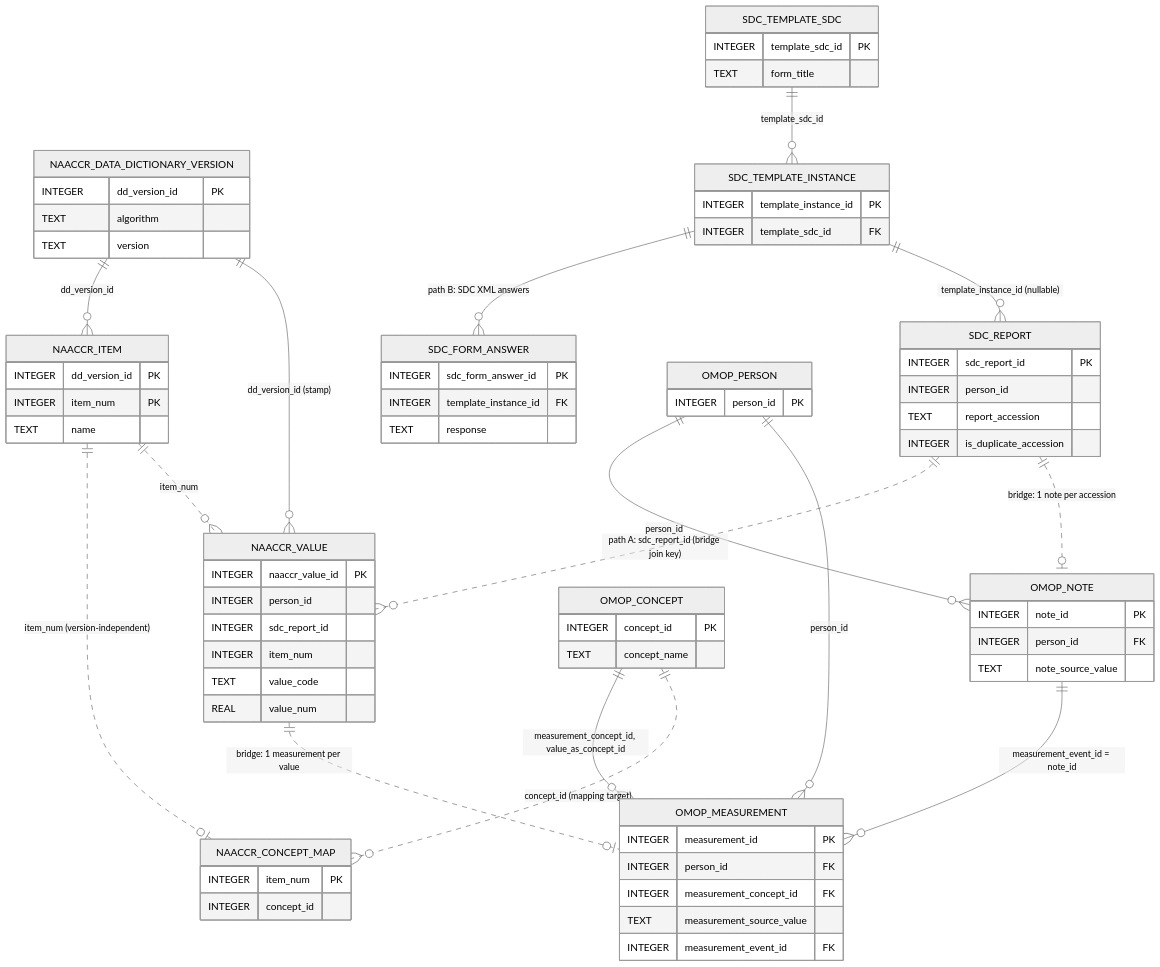
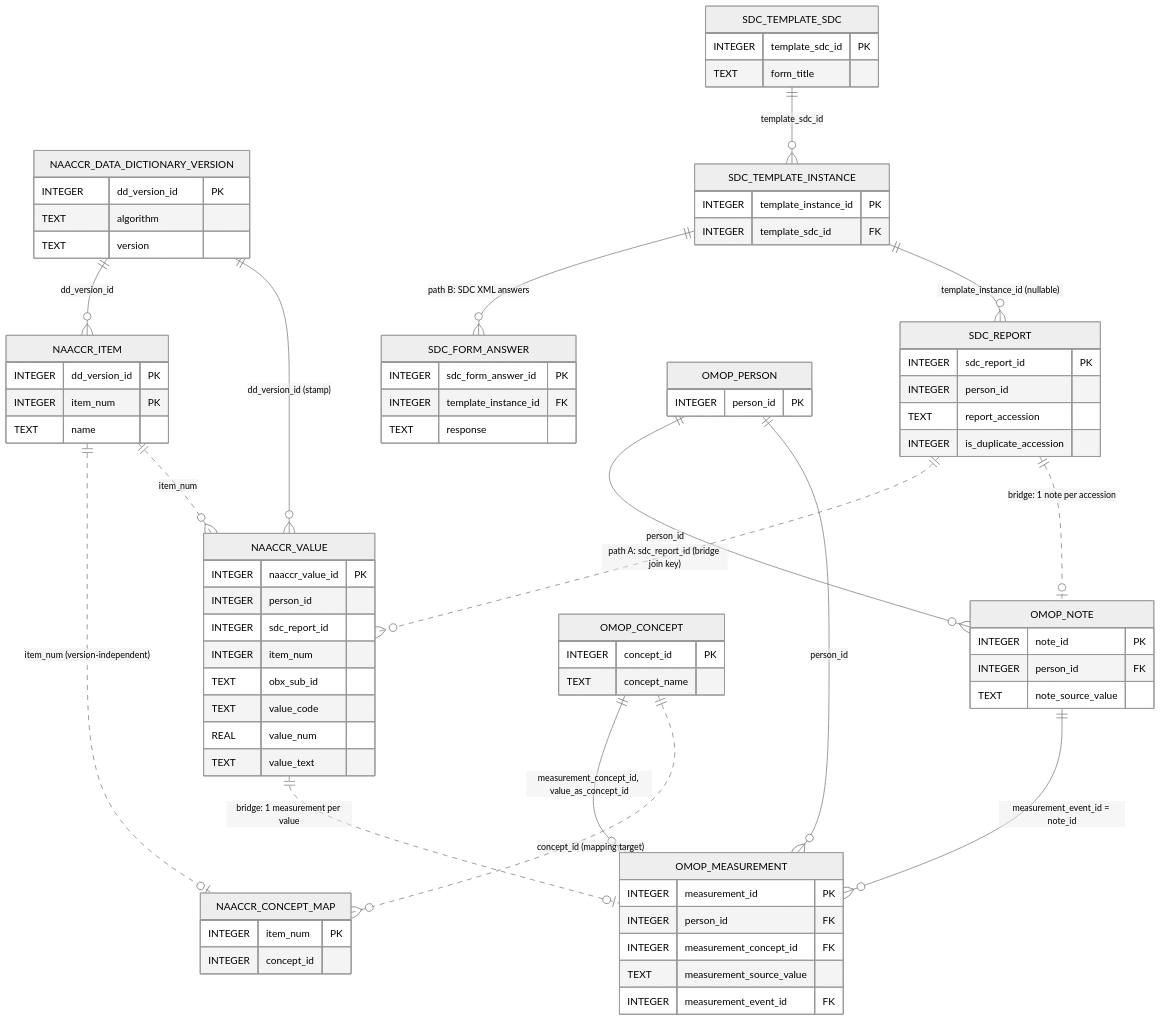
Before and after one commit to IHE-SDC-WG/SDC-CDM: the diagram in diagrams/three-schema/three-schema-overview.mmd, drawn with Mermaid (neutral theme). The commit also changed 29 other files, not shown here.

First line of the commit message:
Represent each OBX-4 group as one captured value

```diff
--- a/diagrams/three-schema/three-schema-overview.mmd
+++ b/diagrams/three-schema/three-schema-overview.mmd
@@ -1,106 +1,108 @@
 erDiagram
   %% Orientation map for the whole model: one database, three schemas.
   %% Key tables only, minimal attributes -- see naaccr.mmd, sdc.mmd, and
   %% naaccr-sdc-to-omop-bridge.mmd for the full detail.
   %% Prose: database/SCHEMA_ARCHITECTURE.md
   %% Entity names are prefixed with their owning schema. Line style:
   %% solid (--) = enforced FK, dotted (..) = logical pointer / key join with no FK.
   %% Every cross-schema link is dotted by design -- there is no crosswalk table and
   %% omop stays vanilla CDM 5.4, so ATLAS/Achilles/DQD work out of the box.
   %% Path A -- eCP / HL7 V2 / NAACCR XML intake:
   %%   importer writes naaccr.naaccr_value (raw answers) + sdc.sdc_report (header),
   %%   then the bridge transforms them into omop.note + omop.measurement.
   %% Path B -- SDC XML form submission:
   %%   sdc.template_* form structure + sdc.sdc_form_answer answer values.
   %%   This path does not currently bridge into omop.
   NAACCR_DATA_DICTIONARY_VERSION {
     INTEGER dd_version_id PK
     TEXT algorithm
     TEXT version
   }
 
   NAACCR_ITEM {
     INTEGER dd_version_id PK
     INTEGER item_num PK
     TEXT name
   }
 
   NAACCR_VALUE {
     INTEGER naaccr_value_id PK
     INTEGER person_id
     INTEGER sdc_report_id
     INTEGER item_num
+    TEXT obx_sub_id
     TEXT value_code
     REAL value_num
+    TEXT value_text
   }
 
   NAACCR_CONCEPT_MAP {
     INTEGER item_num PK
     INTEGER concept_id
   }
 
   SDC_TEMPLATE_SDC {
     INTEGER template_sdc_id PK
     TEXT form_title
   }
 
   SDC_TEMPLATE_INSTANCE {
     INTEGER template_instance_id PK
     INTEGER template_sdc_id FK
   }
 
   SDC_FORM_ANSWER {
     INTEGER sdc_form_answer_id PK
     INTEGER template_instance_id FK
     TEXT response
   }
 
   SDC_REPORT {
     INTEGER sdc_report_id PK
     INTEGER person_id
     TEXT report_accession
     INTEGER is_duplicate_accession
   }
 
   OMOP_PERSON {
     INTEGER person_id PK
   }
 
   OMOP_NOTE {
     INTEGER note_id PK
     INTEGER person_id FK
     TEXT note_source_value
   }
 
   OMOP_MEASUREMENT {
     INTEGER measurement_id PK
     INTEGER person_id FK
     INTEGER measurement_concept_id FK
     TEXT measurement_source_value
     INTEGER measurement_event_id FK
   }
 
   OMOP_CONCEPT {
     INTEGER concept_id PK
     TEXT concept_name
   }
 
   %% Relationships
   NAACCR_DATA_DICTIONARY_VERSION ||--o{ NAACCR_ITEM : "dd_version_id"
   NAACCR_DATA_DICTIONARY_VERSION ||--o{ NAACCR_VALUE : "dd_version_id (stamp)"
   NAACCR_ITEM ||..o| NAACCR_CONCEPT_MAP : "item_num (version-independent)"
   NAACCR_ITEM ||..o{ NAACCR_VALUE : "item_num"
 
   SDC_TEMPLATE_SDC ||--o{ SDC_TEMPLATE_INSTANCE : "template_sdc_id"
   SDC_TEMPLATE_INSTANCE ||--o{ SDC_FORM_ANSWER : "path B: SDC XML answers"
   SDC_TEMPLATE_INSTANCE ||--o{ SDC_REPORT : "template_instance_id (nullable)"
 
   SDC_REPORT ||..o{ NAACCR_VALUE : "path A: sdc_report_id (bridge join key)"
 
   SDC_REPORT ||..o| OMOP_NOTE : "bridge: 1 note per accession"
   NAACCR_VALUE ||..o| OMOP_MEASUREMENT : "bridge: 1 measurement per value"
   OMOP_NOTE ||--o{ OMOP_MEASUREMENT : "measurement_event_id = note_id"
   OMOP_PERSON ||--o{ OMOP_NOTE : "person_id"
   OMOP_PERSON ||--o{ OMOP_MEASUREMENT : "person_id"
   OMOP_CONCEPT ||--o{ OMOP_MEASUREMENT : "measurement_concept_id, value_as_concept_id"
   OMOP_CONCEPT ||..o{ NAACCR_CONCEPT_MAP : "concept_id (mapping target)"
```
